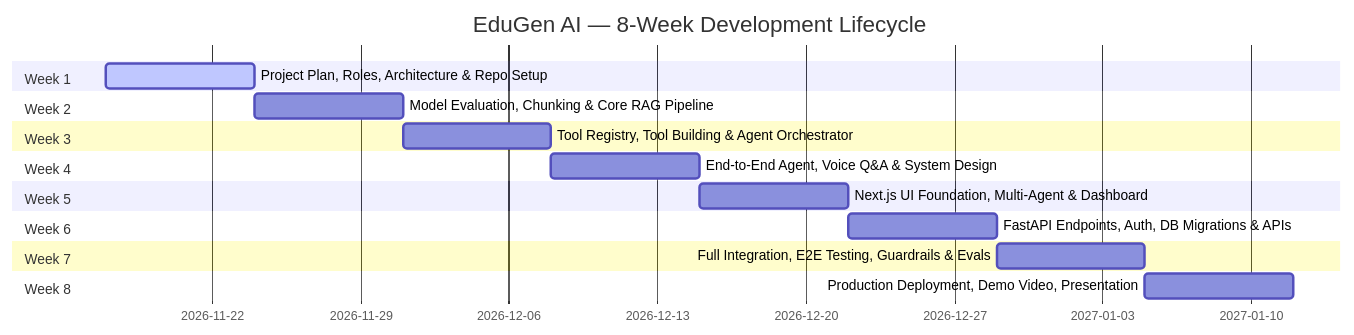
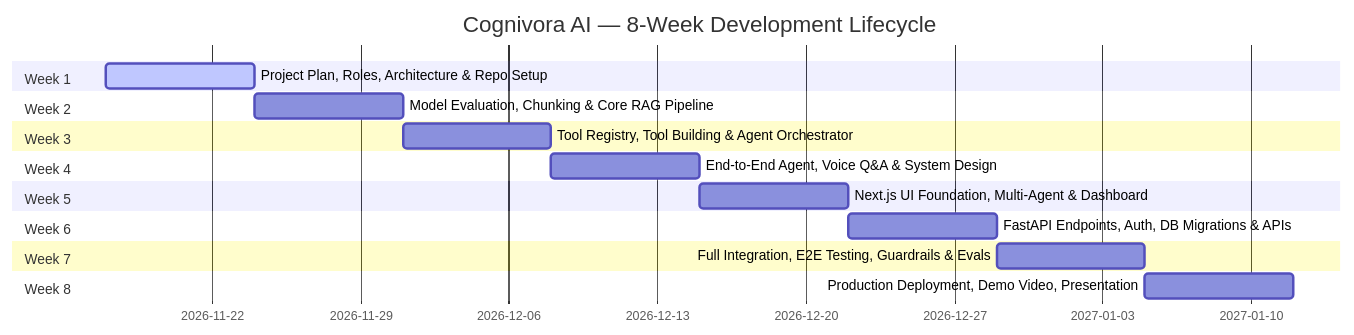
The seventh of 8 diagrams in docs/PROJECT_PLAN.md (varun16-dev/Cognivora-AI), drawn with Mermaid before and after one commit. The commit also changed other lines of this file and 3 other files, not shown here.

Commit message:
docs: rebrand project identity to Cognivora AI across architecture and documentation

````diff
--- a/docs/PROJECT_PLAN.md
+++ b/docs/PROJECT_PLAN.md
@@ -558,21 +558,21 @@
 ```mermaid
 gantt
-    title EduGen AI — 8-Week Development Lifecycle
+    title Cognivora AI — 8-Week Development Lifecycle
     dateFormat  YYYY-MM-DD
     section Week 1
     Project Plan, Roles, Architecture & Repo Setup   :active, w1, 2026-11-17, 7d
     section Week 2
     Model Evaluation, Chunking & Core RAG Pipeline   :w2, after w1, 7d
     section Week 3
     Tool Registry, Tool Building & Agent Orchestrator:w3, after w2, 7d
     section Week 4
     End-to-End Agent, Voice Q&A & System Design      :w4, after w3, 7d
     section Week 5
     Next.js UI Foundation, Multi-Agent & Dashboard   :w5, after w4, 7d
     section Week 6
     FastAPI Endpoints, Auth, DB Migrations & APIs    :w6, after w5, 7d
     section Week 7
     Full Integration, E2E Testing, Guardrails & Evals:w7, after w6, 7d
     section Week 8
     Production Deployment, Demo Video, Presentation  :w8, after w7, 7d
 ```
````
